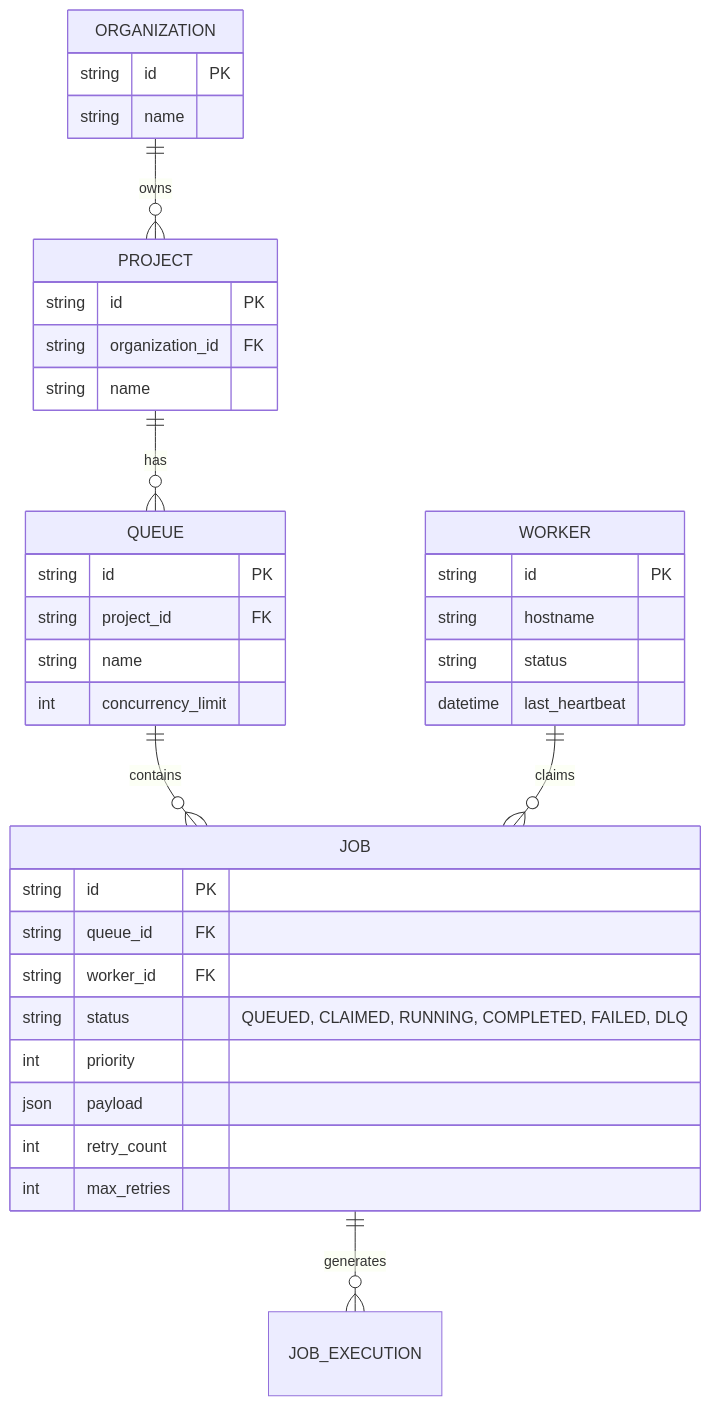
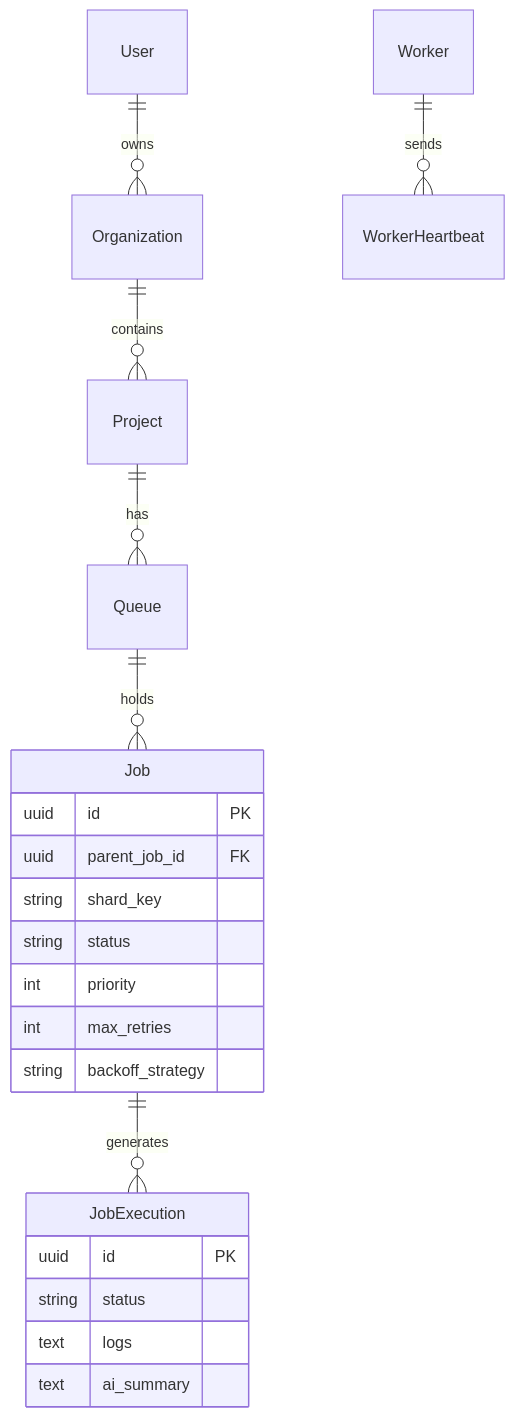
One commit to chandru-rscm/Distributed-Job-Scheduler----Codity changed the second of 2 diagrams in README.md. Above: the diagram before and after it, drawn with Mermaid. The commit also changed other lines of this file and 1 other file, not shown here.

````diff
--- a/README.md
+++ b/README.md
@@ -69,40 +67,25 @@
 ```mermaid
 erDiagram
-    ORGANIZATION ||--o{ PROJECT : owns
-    PROJECT ||--o{ QUEUE : has
-    QUEUE ||--o{ JOB : contains
-    WORKER ||--o{ JOB : claims
-    JOB ||--o{ JOB_EXECUTION : generates
+    User ||--o{ Organization : owns
+    Organization ||--o{ Project : contains
+    Project ||--o{ Queue : has
+    Queue ||--o{ Job : holds
+    Job ||--o{ JobExecution : generates
+    Worker ||--o{ WorkerHeartbeat : sends
 
-    ORGANIZATION {
-        string id PK
-        string name
+    Job {
+        uuid id PK
+        uuid parent_job_id FK
+        string shard_key
+        string status
+        int priority
+        int max_retries
+        string backoff_strategy
     }
-    PROJECT {
-        string id PK
-        string organization_id FK
-        string name
-    }
-    QUEUE {
-        string id PK
-        string project_id FK
-        string name
-        int concurrency_limit
-    }
-    WORKER {
-        string id PK
-        string hostname
+    JobExecution {
+        uuid id PK
         string status
-        datetime last_heartbeat
-    }
-    JOB {
-        string id PK
-        string queue_id FK
-        string worker_id FK
-        string status "QUEUED, CLAIMED, RUNNING, COMPLETED, FAILED, DLQ"
-        int priority
-        json payload
-        int retry_count
-        int max_retries
+        text logs
+        text ai_summary
     }
 ```
````
